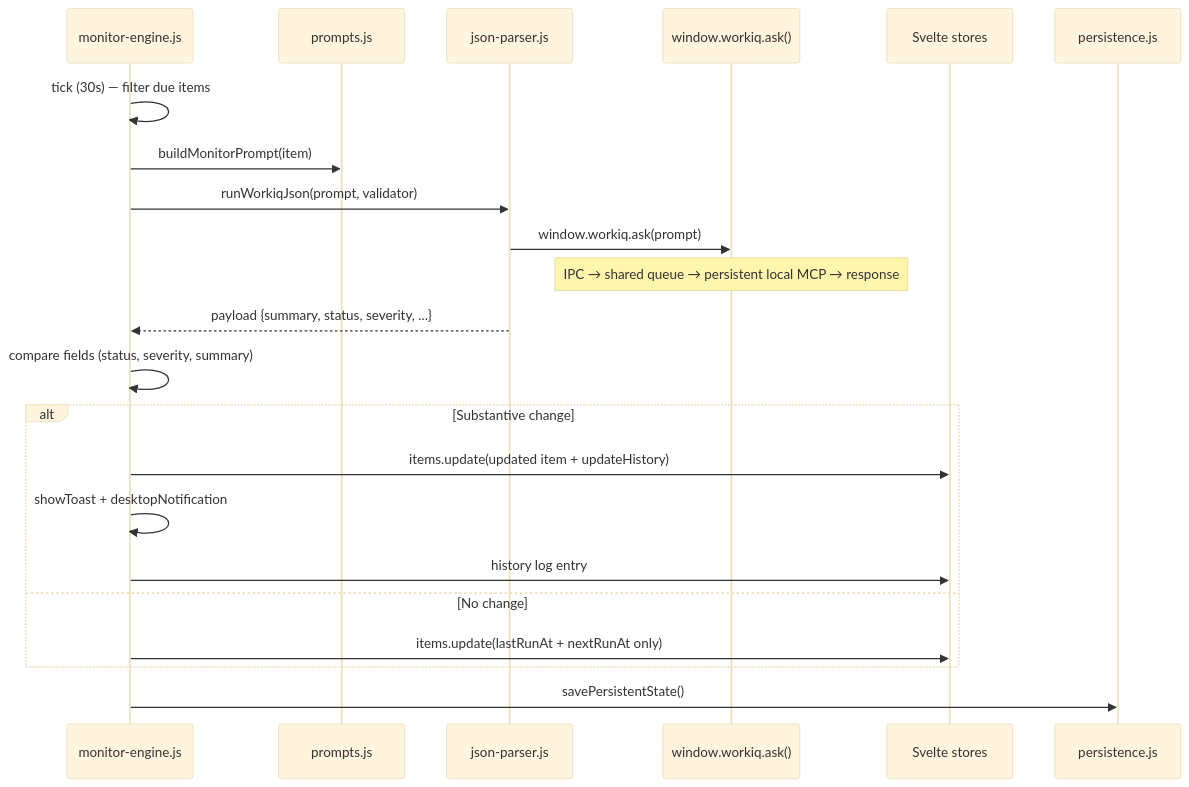
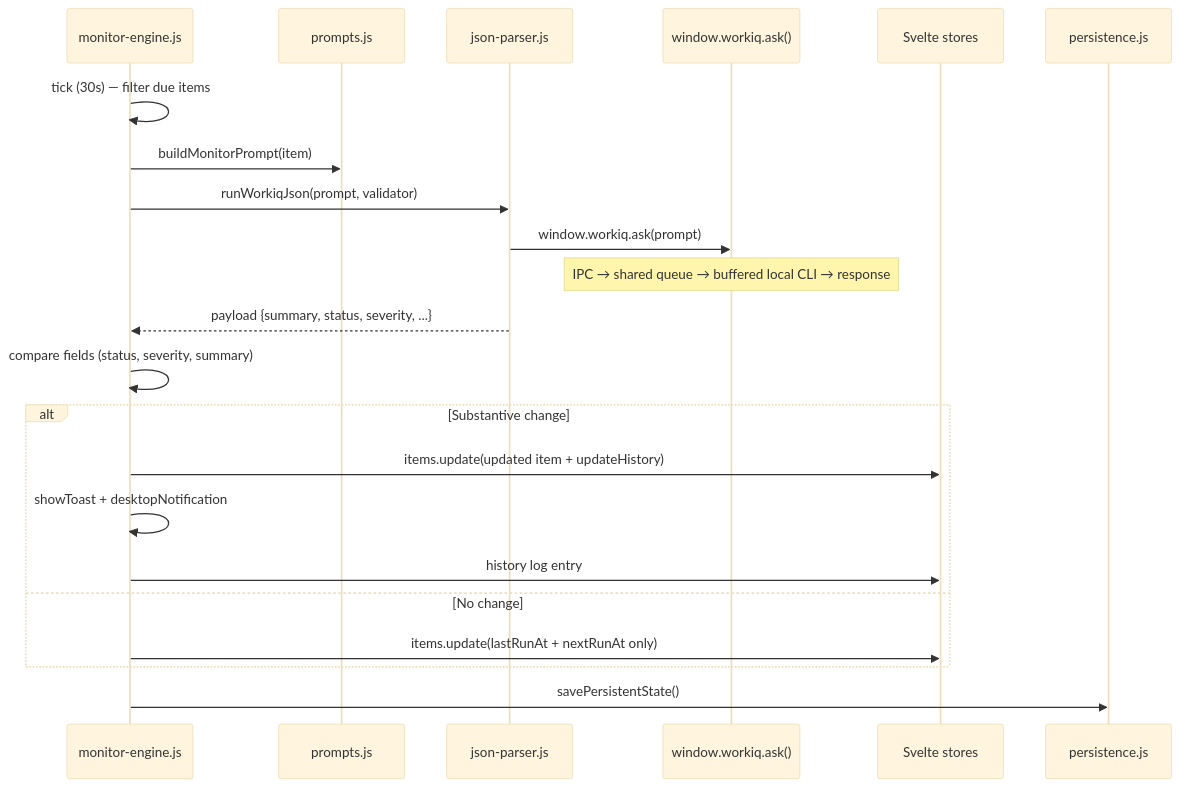
One commit to kpoineal/FlightDeck changed the sixth of 7 diagrams in docs/architecture.md. Above: the diagram before and after it, drawn with Mermaid (base theme). The commit also changed other lines of this file and 37 other files, not shown here.

Commit message:
fix: stabilize WorkIQ CLI, local saves, and Radar workspace

````diff
--- a/docs/architecture.md
+++ b/docs/architecture.md
@@ -399,25 +404,25 @@
 ```mermaid
 sequenceDiagram
   participant ME as monitor-engine.js
   participant PR as prompts.js
   participant JP as json-parser.js
   participant WIQ as window.workiq.ask()
   participant ST as Svelte stores
   participant PS as persistence.js
 
   ME->>ME: tick (30s) — filter due items
   ME->>PR: buildMonitorPrompt(item)
   ME->>JP: runWorkiqJson(prompt, validator)
   JP->>WIQ: window.workiq.ask(prompt)
-  Note over WIQ: IPC → shared queue → persistent local MCP → response
+  Note over WIQ: IPC → shared queue → buffered local CLI → response
   JP-->>ME: payload {summary, status, severity, ...}
   ME->>ME: compare fields (status, severity, summary)
   alt Substantive change
     ME->>ST: items.update(updated item + updateHistory)
     ME->>ME: showToast + desktopNotification
     ME->>ST: history log entry
   else No change
     ME->>ST: items.update(lastRunAt + nextRunAt only)
   end
   ME->>PS: savePersistentState()
 ```
````
